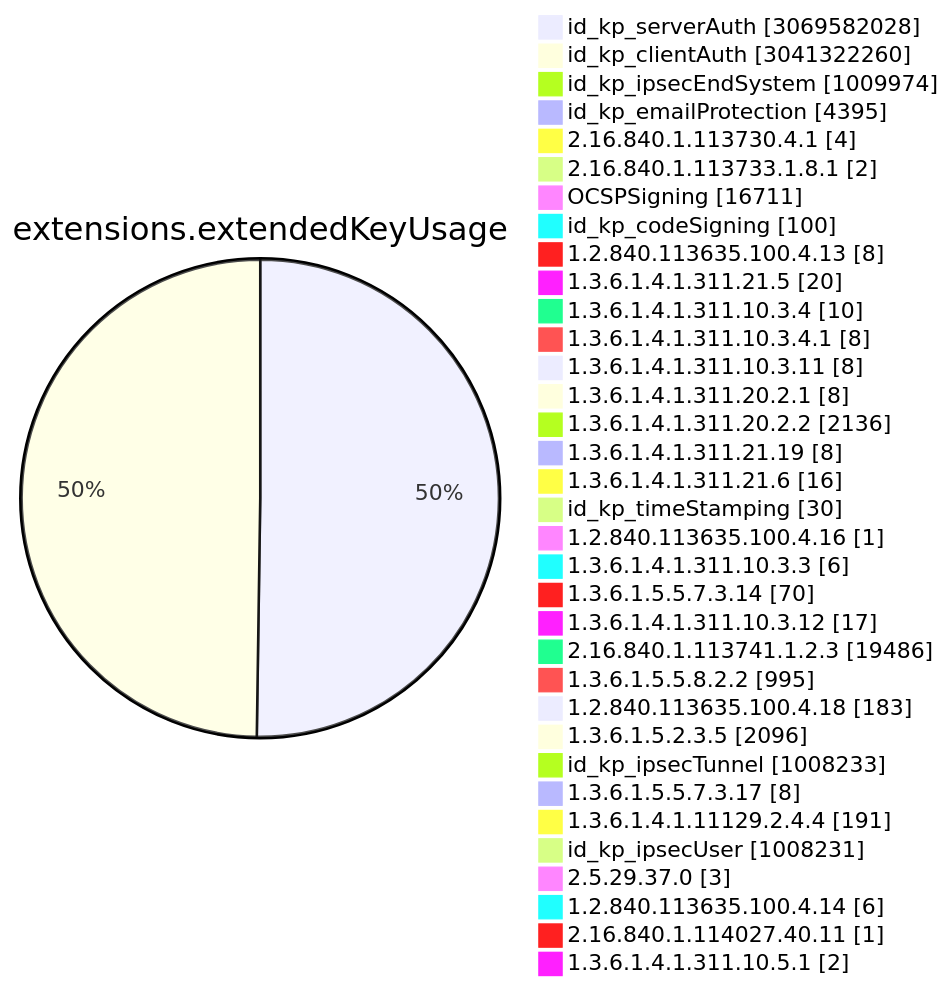
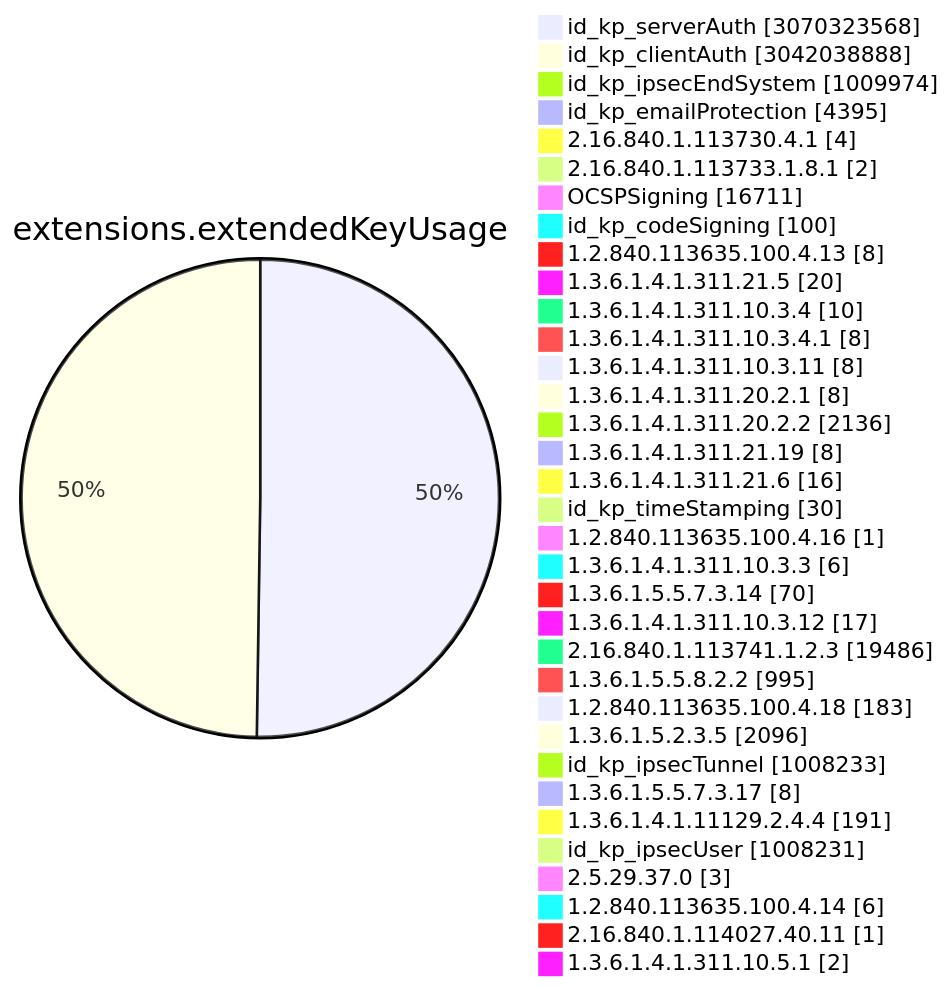
Diagram 11 of 15 in TOTAL/README.md (christiankrug/ctmonitor_visualization), drawn with Mermaid before and after one commit. The commit also changed other lines of this file, not shown here.

````diff
--- a/TOTAL/README.md
+++ b/TOTAL/README.md
@@ -4119,38 +4119,38 @@
 ```mermaid
 pie showData
 title extensions.extendedKeyUsage
-"id_kp_serverAuth" :3069582028
-"id_kp_clientAuth" :3041322260
+"id_kp_serverAuth" :3070323568
+"id_kp_clientAuth" :3042038888
 "id_kp_ipsecEndSystem" :1009974
 "id_kp_emailProtection" :4395
 "2.16.840.1.113730.4.1" :4
 "2.16.840.1.113733.1.8.1" :2
 "OCSPSigning" :16711
 "id_kp_codeSigning" :100
 "1.2.840.113635.100.4.13" :8
 "1.3.6.1.4.1.311.21.5" :20
 "1.3.6.1.4.1.311.10.3.4" :10
 "1.3.6.1.4.1.311.10.3.4.1" :8
 "1.3.6.1.4.1.311.10.3.11" :8
 "1.3.6.1.4.1.311.20.2.1" :8
 "1.3.6.1.4.1.311.20.2.2" :2136
 "1.3.6.1.4.1.311.21.19" :8
 "1.3.6.1.4.1.311.21.6" :16
 "id_kp_timeStamping" :30
 "1.2.840.113635.100.4.16" :1
 "1.3.6.1.4.1.311.10.3.3" :6
 "1.3.6.1.5.5.7.3.14" :70
 "1.3.6.1.4.1.311.10.3.12" :17
 "2.16.840.1.113741.1.2.3" :19486
 "1.3.6.1.5.5.8.2.2" :995
 "1.2.840.113635.100.4.18" :183
 "1.3.6.1.5.2.3.5" :2096
 "id_kp_ipsecTunnel" :1008233
 "1.3.6.1.5.5.7.3.17" :8
 "1.3.6.1.4.1.11129.2.4.4" :191
 "id_kp_ipsecUser" :1008231
 "2.5.29.37.0" :3
 "1.2.840.113635.100.4.14" :6
 "2.16.840.1.114027.40.11" :1
 "1.3.6.1.4.1.311.10.5.1" :2
 ```
````
